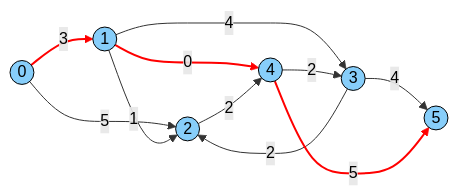
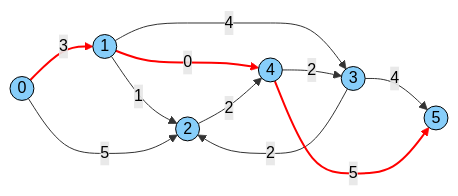
One commit to google/or-tools changed the first of 4 diagrams in ortools/graph/docs/shortest_path_dijkstra.md. Above: the diagram before and after it, drawn with Mermaid. The commit also changed other lines of this file, not shown here.

Commit message:
graph: update mermaid diagram

````diff
--- a/ortools/graph/docs/shortest_path_dijkstra.md
+++ b/ortools/graph/docs/shortest_path_dijkstra.md
@@ -19,22 +19,22 @@
 ```mermaid
 graph LR
     0((0))
     1((1))
     2((2))
     3((3))
     4((4))
     5((5))
     0 == "3" ==>1
+    1 -- "1" -->2
     0 -- "5" -->2
-    1 -- "1" -->2
     1 -- "4" -->3
     1 == "0" ==>4
     2 -- "2" -->4
     3 -- "2" -->2
     3 -- "4" -->5
     4 -- "2" -->3
     4 == "5" ==>5
     classDef default stroke:black,fill:lightskyblue,color:black
     linkStyle default color:black
     linkStyle 0,4,9 stroke:red,stroke-width:2px
 ```
````
